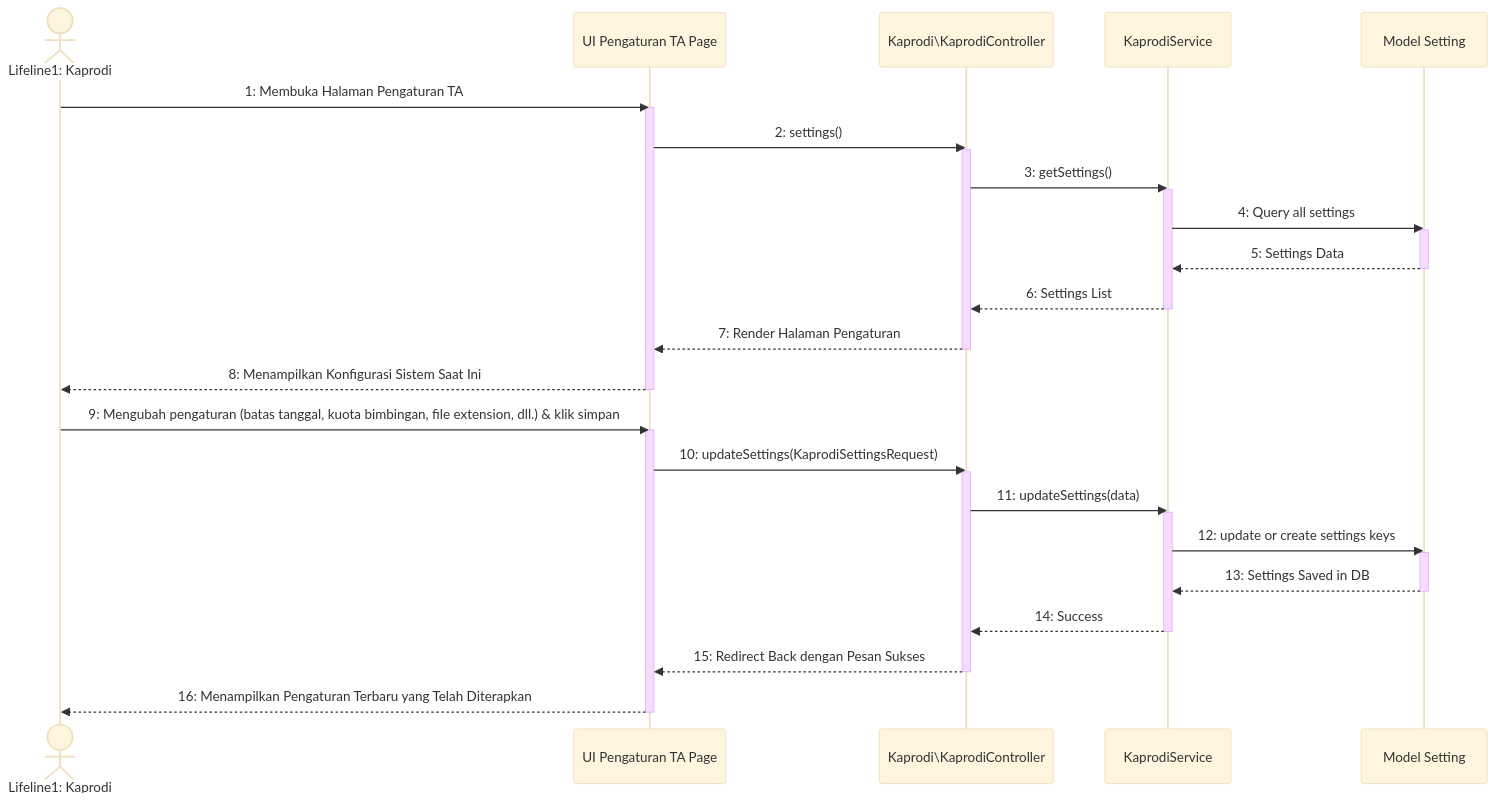
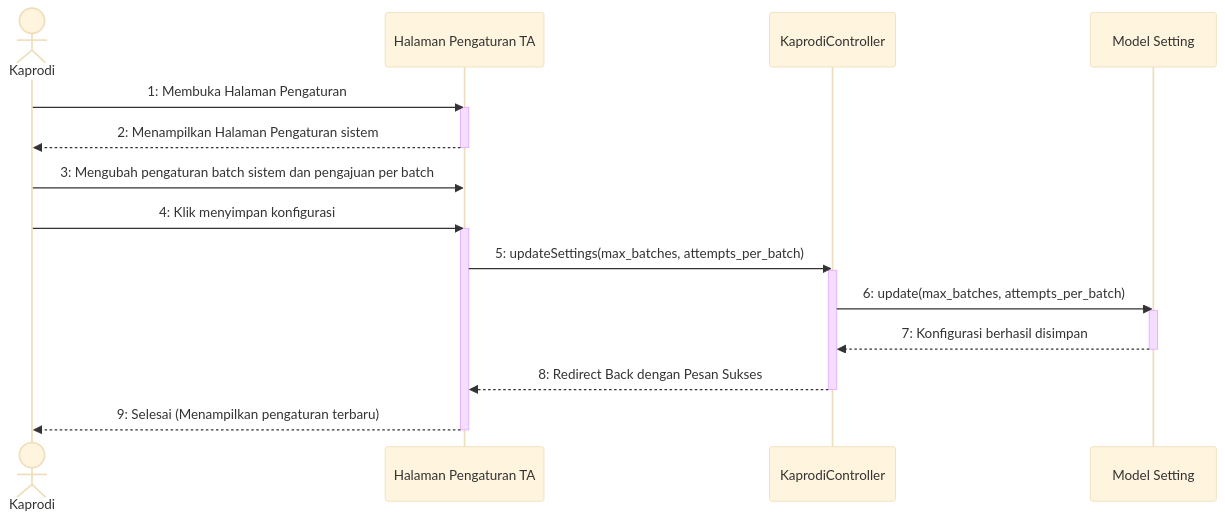
The diagram in docs/uml/Sequence Diagram/Kaprodi/sequence_diagram_pengaturan_ta.md (Duandi04/ta_submission), drawn with Mermaid (base theme) before and after one commit. The commit also changed other lines of this file and 8 other files, not shown here.

Commit message:
refactor: simplify sequence diagrams by removing backend service and library layers to focus on core controller-model interactions

````diff
--- a/docs/uml/Sequence Diagram/Kaprodi/sequence_diagram_pengaturan_ta.md
+++ b/docs/uml/Sequence Diagram/Kaprodi/sequence_diagram_pengaturan_ta.md
@@ -5,42 +5,26 @@
 ```mermaid
 sequenceDiagram
-    actor Kaprodi as Lifeline1: Kaprodi
-    participant UI as UI Pengaturan TA Page
-    participant Ctrl as Kaprodi\KaprodiController
-    participant Svc as KaprodiService
+    actor Kaprodi as Kaprodi
+    participant UI as Halaman Pengaturan TA
+    participant Ctrl as KaprodiController
     participant Model as Model Setting
 
-    Kaprodi->>UI: 1: Membuka Halaman Pengaturan TA
+    Kaprodi->>UI: 1: Membuka Halaman Pengaturan
     activate UI
-    UI->>Ctrl: 2: settings()
-    activate Ctrl
-    Ctrl->>Svc: 3: getSettings()
-    activate Svc
-    Svc->>Model: 4: Query all settings
-    activate Model
-    Model-->>Svc: 5: Settings Data
-    deactivate Model
-    Svc-->>Ctrl: 6: Settings List
-    deactivate Svc
-    Ctrl-->>UI: 7: Render Halaman Pengaturan
-    deactivate Ctrl
-    UI-->>Kaprodi: 8: Menampilkan Konfigurasi Sistem Saat Ini
+    UI-->>Kaprodi: 2: Menampilkan Halaman Pengaturan sistem
     deactivate UI
 
-    Kaprodi->>UI: 9: Mengubah pengaturan (batas tanggal, kuota bimbingan, file extension, dll.) & klik simpan
+    Kaprodi->>UI: 3: Mengubah pengaturan batch sistem dan pengajuan per batch
+    Kaprodi->>UI: 4: Klik menyimpan konfigurasi
     activate UI
-    UI->>Ctrl: 10: updateSettings(KaprodiSettingsRequest)
+    UI->>Ctrl: 5: updateSettings(max_batches, attempts_per_batch)
     activate Ctrl
-    Ctrl->>Svc: 11: updateSettings(data)
-    activate Svc
-    Svc->>Model: 12: update or create settings keys
+    Ctrl->>Model: 6: update(max_batches, attempts_per_batch)
     activate Model
-    Model-->>Svc: 13: Settings Saved in DB
+    Model-->>Ctrl: 7: Konfigurasi berhasil disimpan
     deactivate Model
-    Svc-->>Ctrl: 14: Success
-    deactivate Svc
-    Ctrl-->>UI: 15: Redirect Back dengan Pesan Sukses
+    Ctrl-->>UI: 8: Redirect Back dengan Pesan Sukses
     deactivate Ctrl
-    UI-->>Kaprodi: 16: Menampilkan Pengaturan Terbaru yang Telah Diterapkan
+    UI-->>Kaprodi: 9: Selesai (Menampilkan pengaturan terbaru)
     deactivate UI
 ```
````
